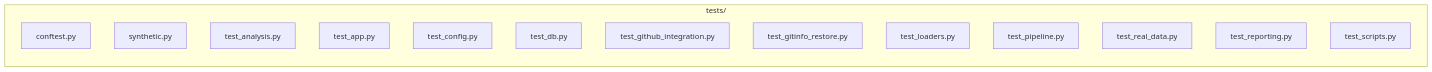
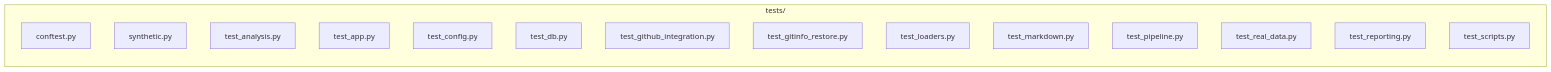
The diagram in tests/README.md (drsanjna/cardiac-imaging-medicare), drawn with Mermaid before and after one commit. The commit also changed other lines of this file and 2 other files, not shown here.

````diff
--- a/tests/README.md
+++ b/tests/README.md
@@ -11,18 +11,19 @@
 ```mermaid
 flowchart LR
   subgraph here["tests/"]
     n_conftest_py["conftest.py"]
     n_synthetic_py["synthetic.py"]
     n_test_analysis_py["test_analysis.py"]
     n_test_app_py["test_app.py"]
     n_test_config_py["test_config.py"]
     n_test_db_py["test_db.py"]
     n_test_github_integration_py["test_github_integration.py"]
     n_test_gitinfo_restore_py["test_gitinfo_restore.py"]
     n_test_loaders_py["test_loaders.py"]
+    n_test_markdown_py["test_markdown.py"]
     n_test_pipeline_py["test_pipeline.py"]
     n_test_real_data_py["test_real_data.py"]
     n_test_reporting_py["test_reporting.py"]
     n_test_scripts_py["test_scripts.py"]
   end
 ```
````
